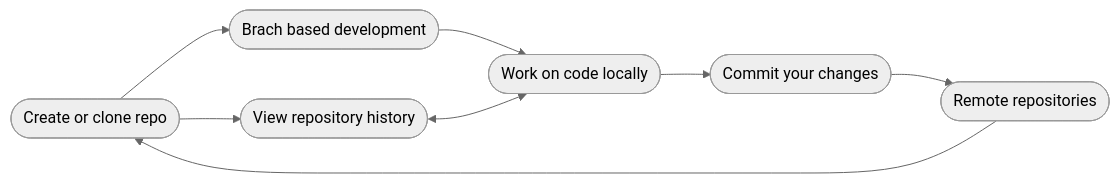
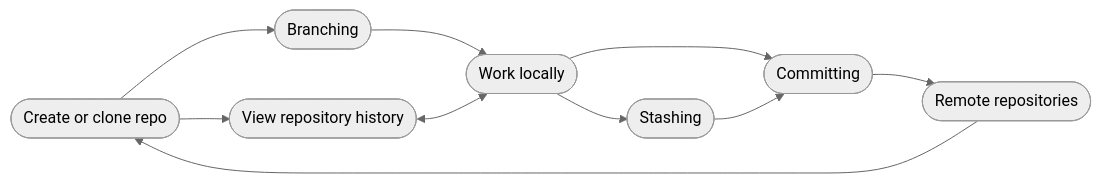
Before and after one commit to xcomfan/xcomfan.github.io: the diagram in gitref/gitref.md, drawn with Mermaid (neutral theme). The commit also changed 9 other files, not shown here.

```diff
--- a/gitref/gitref.md
+++ b/gitref/gitref.md
@@ -14,27 +14,32 @@
 {% mermaid %}
  flowchart LR
     init([Create or clone repo])
-    branching([Brach based development])
-    work([Work on code locally])
+    branching([Branching])
+    work([Work locally])
+    stashing([Stashing ])
     history([View repository history])
-    commit([Commit your changes])
+    commit([Committing])
     remotes([Remote repositories])
     
 
     click init "{% link gitref/init.md %}"
+    click branching "{% link gitref/branching/branching.md %}"
     click work "{% link gitref/work.md %}"
-    click branching "{% link gitref/branching/branching.md %}"
+    click stashing "{% link gitref/stashing.md %}"
     click history "{% link gitref/repo_history/repo_history.md %}"
     click commit "{% link gitref/commit.md %}"
     click remotes "{% link gitref/remotes.md%}"
+
 
 
     init-->branching
     init-->history
     branching-->work
     history<-->work
     work-->commit
+    work-->stashing
+    stashing-->commit
     commit-->remotes
     remotes-->init
     
 {% endmermaid %}
```
